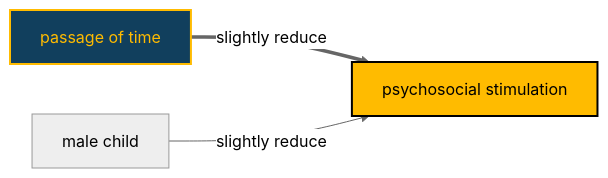
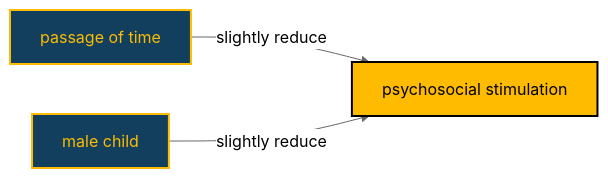
One commit to agrogan1/research changed the diagram in MICSPLUS/diagram.md. Above: the diagram before and after it, drawn with Mermaid (neutral theme).

````diff
--- a/MICSPLUS/diagram.md
+++ b/MICSPLUS/diagram.md
@@ -1,27 +1,27 @@
 ```mermaid
 
 flowchart LR
 
   classDef yellow fill:#FFC20E,stroke:#000000,stroke-width:2px,color:#000000;
   
   classDef cyan fill:#1CABE2,stroke:#000000,stroke-width:2px,color:#FFFFFF;
   
   classDef red fill:#E2231A,stroke:#000000,stroke-width:2px,color:#FFFFFF;
   
   classDef orange fill:#F26A21,stroke:#000000,stroke-width:2px,color:#FFFFFF;
 
   classDef tidal fill:#113f5d,color:#FFBB00,stroke:#FFBB00,stroke-width:2px
 
   classDef tidal2 fill:#FFBB00,color:#000000,stroke:#000000,stroke-width:2px
 
-  time[passage of time]
+  time[passage of time]:::tidal
 
-  psychosocial[psychosocial stimulation]
+  psychosocial[psychosocial stimulation]:::tidal2
 
-  male[male child]
+  male[male child]:::tidal
 
-  time:::tidal ==> |"slightly reduce"| psychosocial:::tidal2
+  time --> |"slightly reduce"| psychosocial
 
   male --> |"slightly reduce"| psychosocial
 
 ```
````
